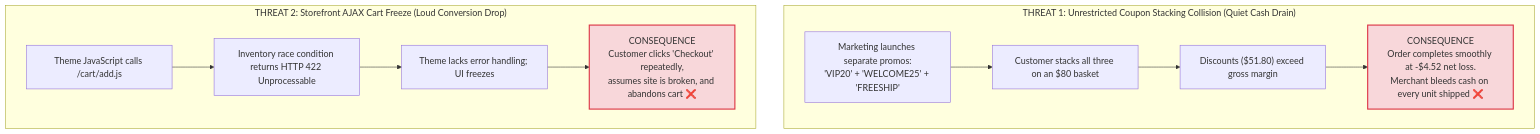
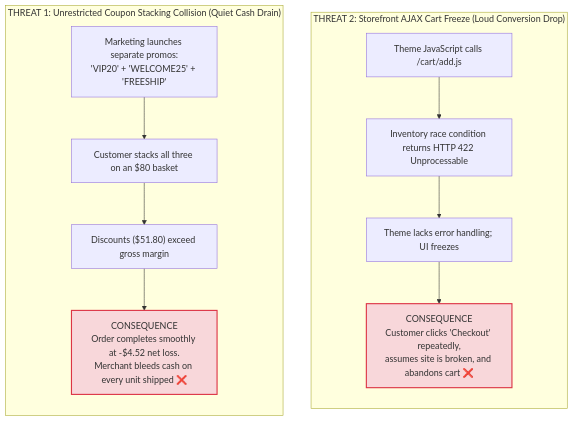
The first of 6 diagrams in domain-5-technical-diagnosis/MasterDossier-Domain5-MarginDefenseAndCartDiagnostics.md (riovicsusas/portfolio), drawn with Mermaid before and after one commit. The commit also changed other lines of this file, not shown here.

````diff
--- a/domain-5-technical-diagnosis/MasterDossier-Domain5-MarginDefenseAndCartDiagnostics.md
+++ b/domain-5-technical-diagnosis/MasterDossier-Domain5-MarginDefenseAndCartDiagnostics.md
@@ -78,17 +70,21 @@
 ```mermaid
-flowchart TD
+flowchart LR
     subgraph THREAT_1["THREAT 1: Unrestricted Coupon Stacking Collision (Quiet Cash Drain)"]
+        direction TB
         T1A["Marketing launches separate promos:<br/>'VIP20' + 'WELCOME25' + 'FREESHIP'"] --> T1B["Customer stacks all three on an $80 basket"]
         T1B --> T1C["Discounts ($51.80) exceed gross margin"]
         T1C --> T1D["CONSEQUENCE<br/>Order completes smoothly at -$4.52 net loss.<br/>Merchant bleeds cash on every unit shipped ❌"]
     end
 
     subgraph THREAT_2["THREAT 2: Storefront AJAX Cart Freeze (Loud Conversion Drop)"]
+        direction TB
         T2A["Theme JavaScript calls /cart/add.js"] --> T2B["Inventory race condition returns HTTP 422 Unprocessable"]
         T2B --> T2C["Theme lacks error handling; UI freezes"]
         T2C --> T2D["CONSEQUENCE<br/>Customer clicks 'Checkout' repeatedly,<br/>assumes site is broken, and abandons cart ❌"]
     end
 
+    THREAT_1 ~~~ THREAT_2
+
     style T1D fill:#f8d7da,stroke:#dc3545,stroke-width:2px;
     style T2D fill:#f8d7da,stroke:#dc3545,stroke-width:2px;
 ```
````
